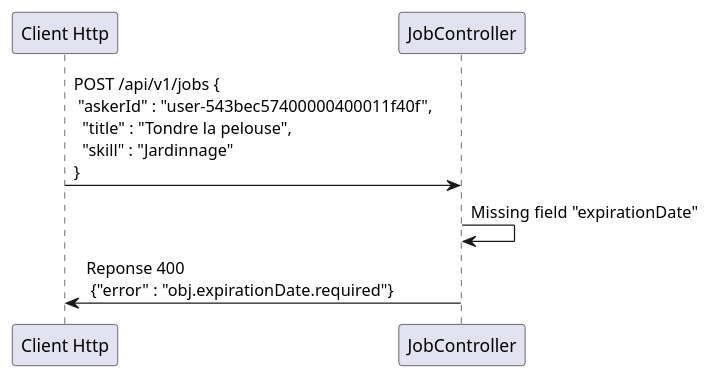
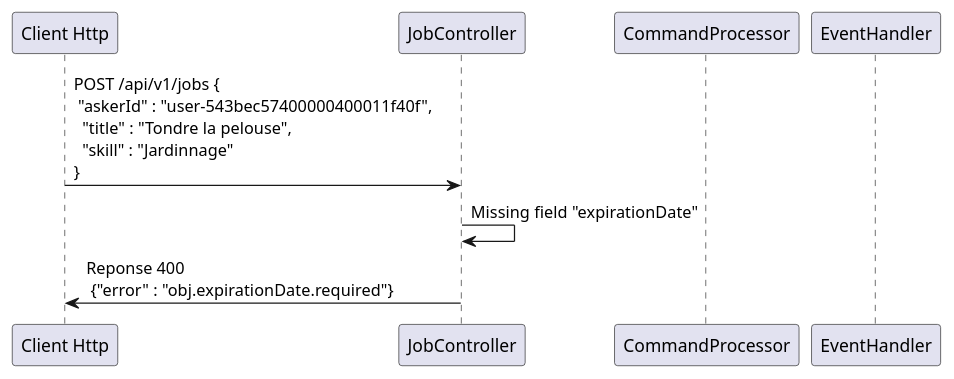
One commit to CQRSESCQFD/slides changed the diagram in schemas/1-from-http-to-command-missing-field.puml. Above: the diagram before and after it, drawn with PlantUML. The commit also changed 7 other files, not shown here.

```diff
--- a/schemas/1-from-http-to-command-missing-field.puml
+++ b/schemas/1-from-http-to-command-missing-field.puml
@@ -1,11 +1,14 @@
 @startuml
 
 participant "Client Http"
 participant JobController
+participant CommandProcessor
+participant EventHandler
+
 
 "Client Http"-> JobController : POST /api/v1/jobs {\n "askerId" : "user-543bec57400000400011f40f",  \n  "title" : "Tondre la pelouse", \n  "skill" : "Jardinnage" \n}
 
 JobController->JobController : Missing field "expirationDate"
 JobController -> "Client Http" : Reponse 400  \n {"error" : "obj.expirationDate.required"}
 
 @enduml
```
